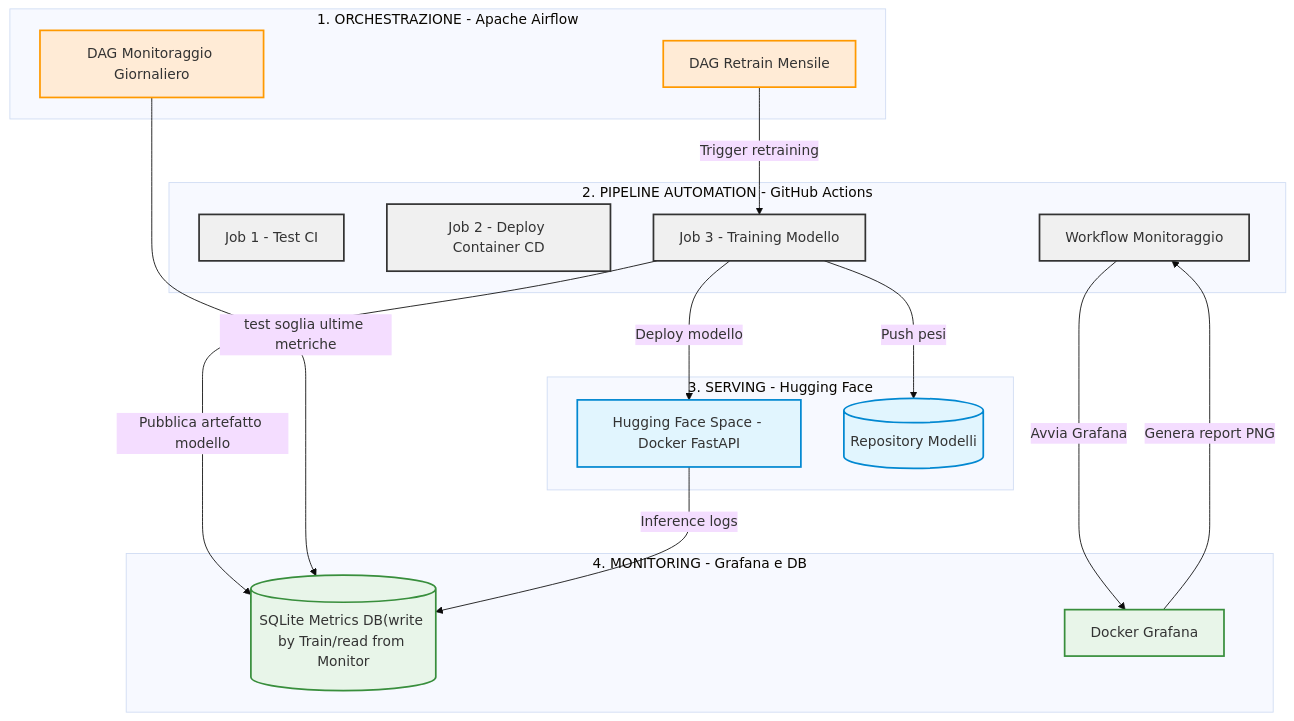
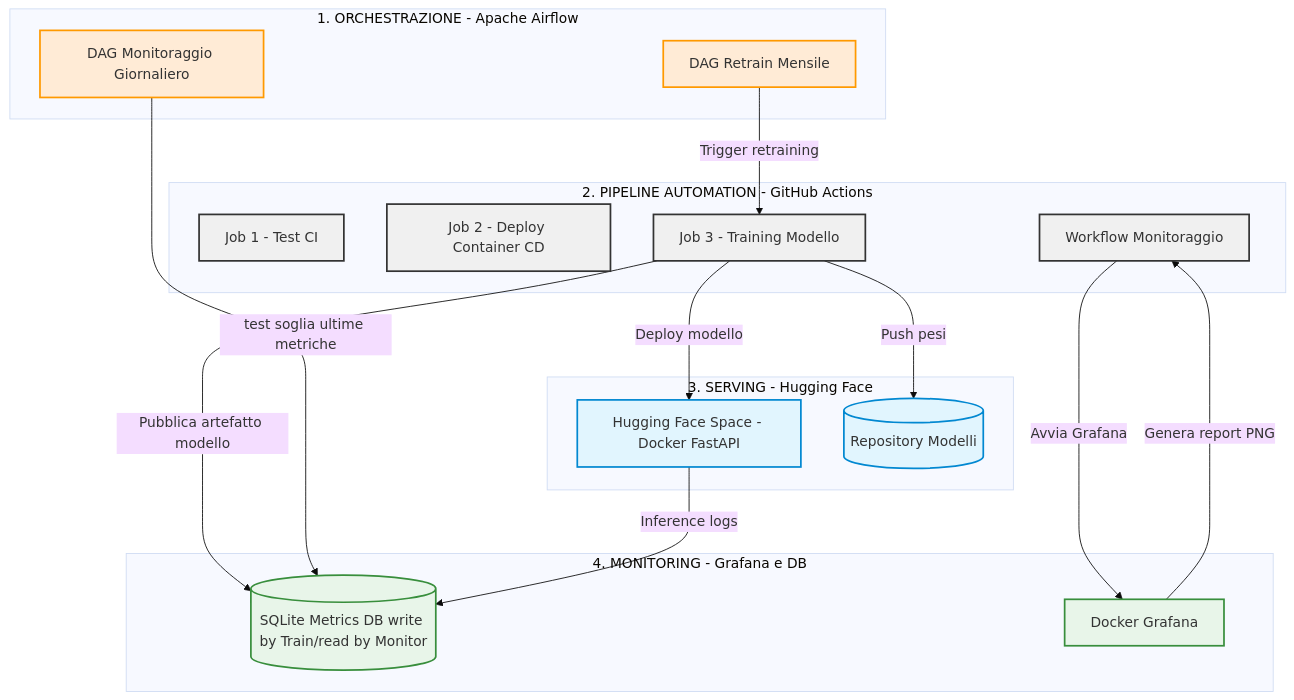
Before and after one commit to francescofrigerio/profai_10_mlops_prj_machineinnovation: the diagram in docs/02-project-overview.md, drawn with Mermaid (base theme). The commit also changed other lines of this file and 9 other files, not shown here.

````diff
--- a/docs/02-project-overview.md
+++ b/docs/02-project-overview.md
@@ -7,48 +7,48 @@
 ```mermaid
 graph TD
 
     subgraph Airflow["1. ORCHESTRAZIONE - Apache Airflow"]
         DAG_M["DAG Retrain Mensile"]
         DAG_D["DAG Monitoraggio Giornaliero"]
     end
 
     subgraph CICD["2. PIPELINE AUTOMATION - GitHub Actions"]
         J_CI["Job 1 - Test CI"]
         J_CD["Job 2 - Deploy Container CD"]
         J_TRAIN["Job 3 - Training Modello"]
         W_MONITOR["Workflow Monitoraggio"]
     end
 
     subgraph ModelServing["3. SERVING - Hugging Face"]
         HF_Space["Hugging Face Space - Docker FastAPI"]
         Model_Repo[("Repository Modelli")]
     end
 
     subgraph Monitoring["4. MONITORING - Grafana e DB"]
-        DB_Metrics[("SQLite Metrics DB(write by Train/read from Monitor")]
+        DB_Metrics[("SQLite Metrics DB write by Train/read by Monitor")]
         Grafana_Container["Docker Grafana"]
     end
 
     DAG_M -->|"Trigger retraining"| J_TRAIN
 
     J_TRAIN -->|"Pubblica artefatto modello"| DB_Metrics
     J_TRAIN -->|"Push pesi"| Model_Repo
     J_TRAIN -->|"Deploy modello"| HF_Space
 
     DAG_D -->|test soglia ultime metriche| DB_Metrics
 
     HF_Space -->|"Inference logs"| DB_Metrics
 
     W_MONITOR -->|"Avvia Grafana"| Grafana_Container
     Grafana_Container -->|"Genera report PNG"| W_MONITOR
 
     classDef airflow fill:#ffebd6,stroke:#ff9900,stroke-width:2px
     classDef github fill:#f0f0f0,stroke:#333,stroke-width:2px
     classDef serving fill:#e1f5fe,stroke:#0288d1,stroke-width:2px
     classDef monitor fill:#e8f5e9,stroke:#388e3c,stroke-width:2px
 
     class DAG_M,DAG_D airflow
     class J_CI,J_CD,J_TRAIN,W_MONITOR github
     class HF_Space,Model_Repo serving
     class DB_Metrics,Grafana_Container monitor
 ```
````
